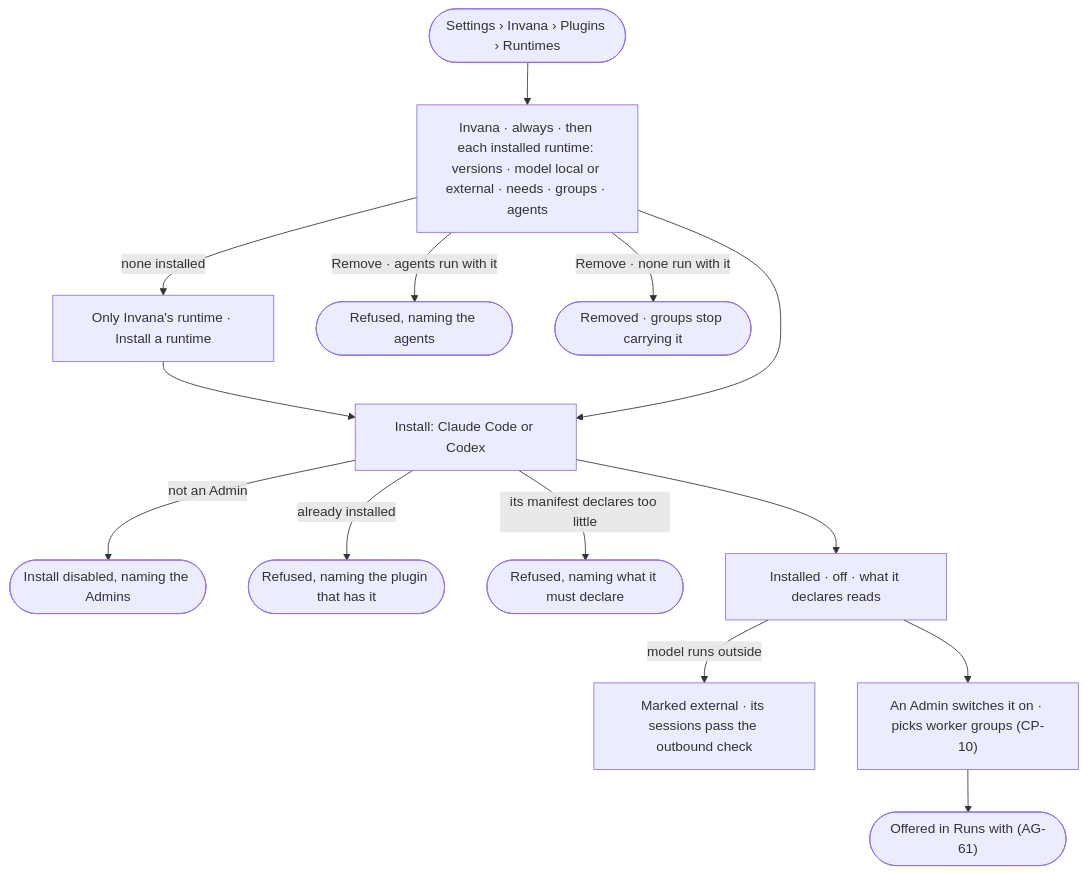
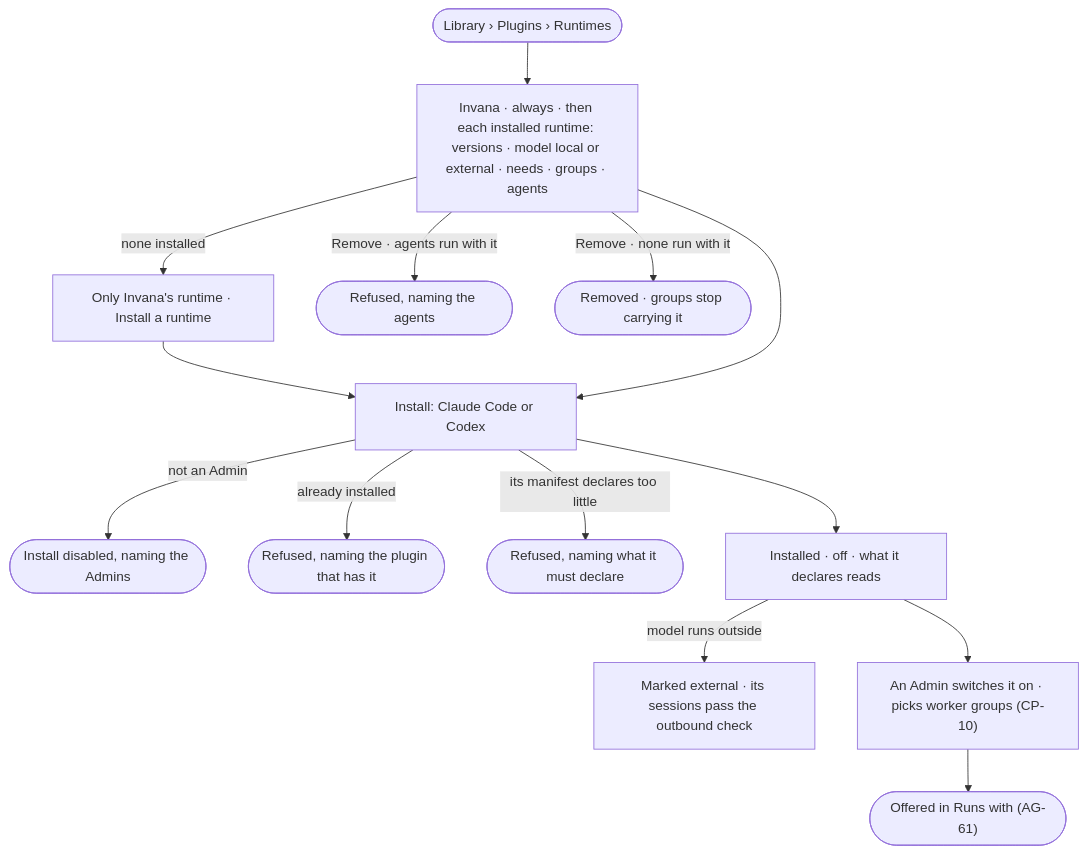
The diagram in specs/os/control/features/CP-F02-plugins-and-outside-tools/stories/CP-64-install-an-agent-runtime/story.md (invana/invana), drawn with Mermaid before and after one commit. The commit also changed 106 other files, not shown here.

````diff
--- a/specs/os/control/features/CP-F02-plugins-and-outside-tools/stories/CP-64-install-an-agent-runtime/story.md
+++ b/specs/os/control/features/CP-F02-plugins-and-outside-tools/stories/CP-64-install-an-agent-runtime/story.md
@@ -29,16 +29,16 @@
 ```mermaid
 flowchart TD
-  s([Settings › Invana › Plugins › Runtimes]) --> l["Invana · always · then each installed runtime: versions · model local or external · needs · groups · agents"]
+  s([Library › Plugins › Runtimes]) --> l["Invana · always · then each installed runtime: versions · model local or external · needs · groups · agents"]
   l -->|none installed| fu["Only Invana's runtime · Install a runtime"]
   fu --> i["Install: Claude Code or Codex"]
   l --> i
   i -->|not an Admin| no(["Install disabled, naming the Admins"])
   i -->|already installed| dup(["Refused, naming the plugin that has it"])
   i -->|its manifest declares too little| bad(["Refused, naming what it must declare"])
   i --> ok["Installed · off · what it declares reads"]
   ok -->|model runs outside| ext["Marked external · its sessions pass the outbound check"]
   ok --> on["An Admin switches it on · picks worker groups (CP-10)"]
   on --> off(["Offered in Runs with (AG-61)"])
   l -->|Remove · agents run with it| rb(["Refused, naming the agents"])
   l -->|Remove · none run with it| rm(["Removed · groups stop carrying it"])
 ```
````
